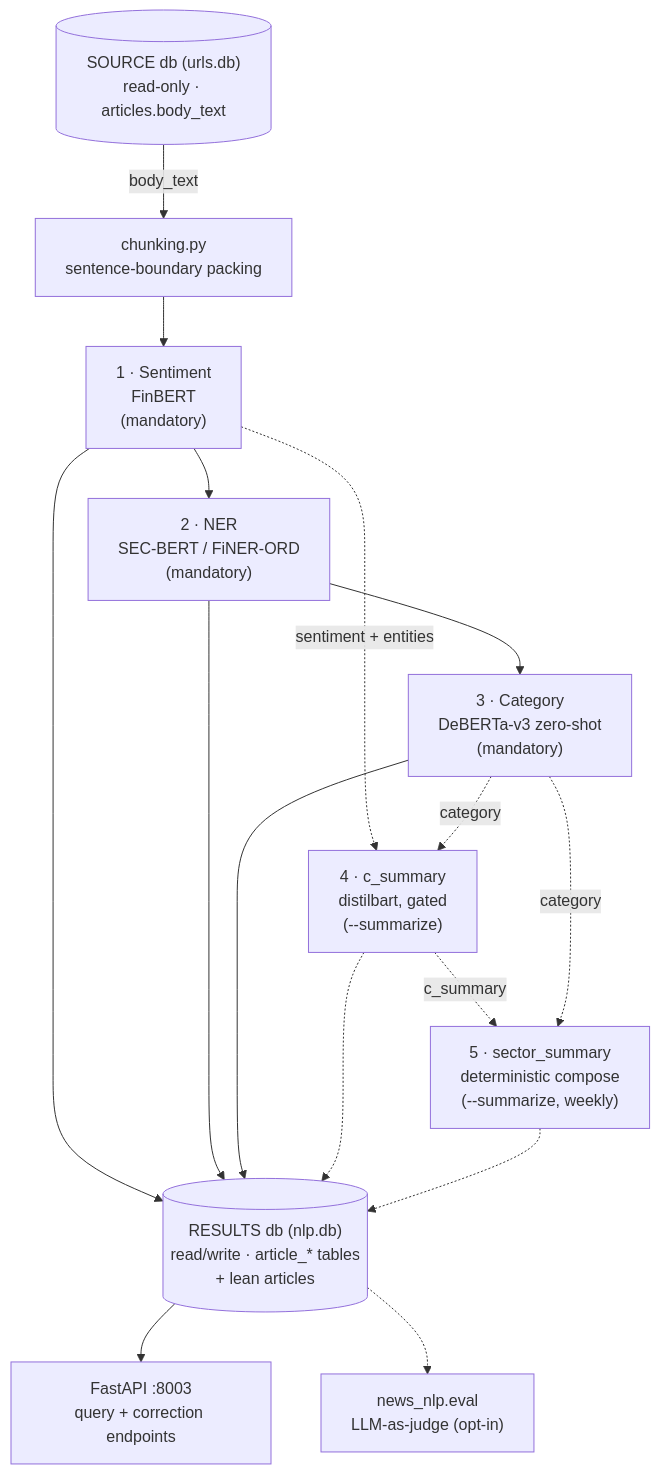
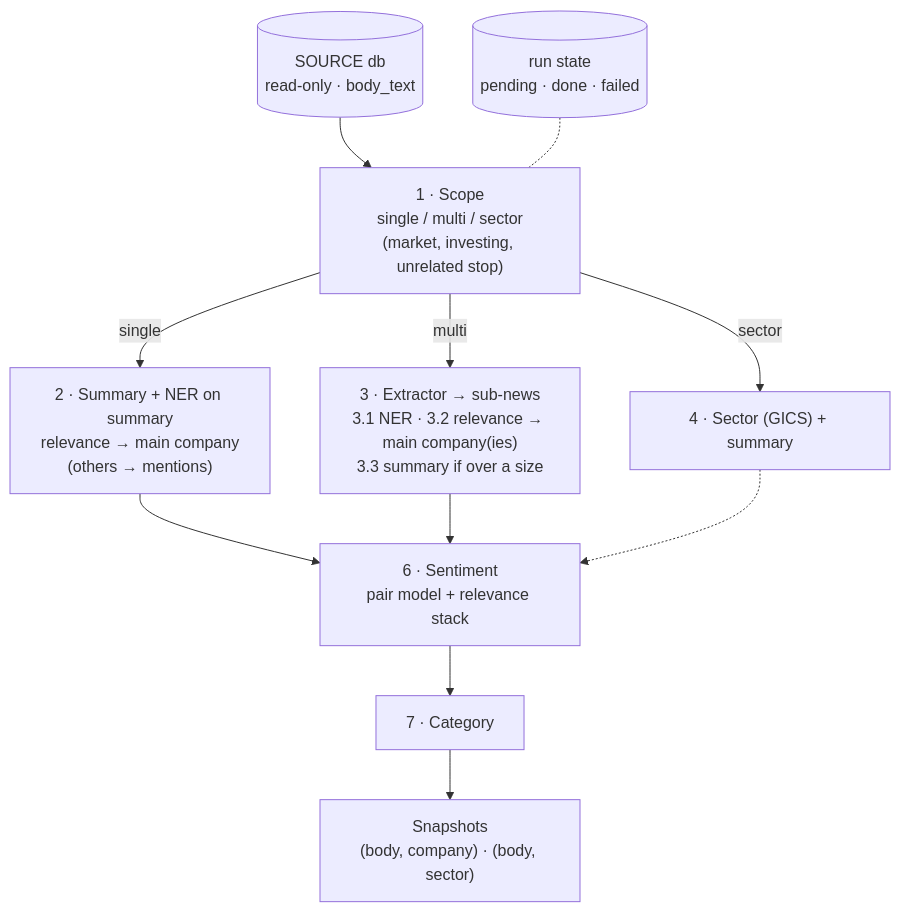
Before and after one commit to gamug/portfolio-nlp: the diagram in .specify/memory/SPEC.md, drawn with Mermaid. The commit also changed other lines of this file and 4 other files, not shown here.

````diff
--- a/.specify/memory/SPEC.md
+++ b/.specify/memory/SPEC.md
@@ -168,26 +172,13 @@
 ```mermaid
 flowchart TB
-    SRC[("SOURCE db (urls.db)<br/>read-only · articles.body_text")]
-    CHUNK["chunking.py<br/>sentence-boundary packing"]
-    S1["1 · Sentiment<br/>FinBERT<br/>(mandatory)"]
-    S2["2 · NER<br/>SEC-BERT / FiNER-ORD<br/>(mandatory)"]
-    S3["3 · Category<br/>DeBERTa-v3 zero-shot<br/>(mandatory)"]
-    S4["4 · c_summary<br/>distilbart, gated<br/>(--summarize)"]
-    S5["5 · sector_summary<br/>deterministic compose<br/>(--summarize, weekly)"]
-    RES[("RESULTS db (nlp.db)<br/>read/write · article_* tables<br/>+ lean articles")]
-    API["FastAPI :8003<br/>query + correction endpoints"]
-    EVAL["news_nlp.eval<br/>LLM-as-judge (opt-in)"]
-
-    SRC -->|body_text| CHUNK --> S1 --> S2 --> S3
-    S1 -.->|sentiment + entities| S4
-    S3 -.->|category| S4
-    S4 -.->|c_summary| S5
-    S3 -.->|category| S5
-    S1 --> RES
-    S2 --> RES
-    S3 --> RES
-    S4 -.-> RES
-    S5 -.-> RES
-    RES --> API
-    RES -.-> EVAL
+    SRC[("SOURCE db<br/>read-only · body_text")] --> S1["1 · Scope<br/>single / multi / sector<br/>(market, investing, unrelated stop)"]
+    S1 -->|single| A2["2 · Summary + NER on summary<br/>relevance → main company<br/>(others → mentions)"]
+    S1 -->|multi| B3["3 · Extractor → sub-news<br/>3.1 NER · 3.2 relevance → main company(ies)<br/>3.3 summary if over a size"]
+    S1 -->|sector| C4["4 · Sector (GICS) + summary"]
+    A2 --> S6["6 · Sentiment<br/>pair model + relevance stack"]
+    B3 --> S6
+    C4 -.-> S6
+    S6 --> S7["7 · Category"]
+    S7 --> SNAP["Snapshots<br/>(body, company) · (body, sector)"]
+    RUN[("run state<br/>pending · done · failed")] -.- S1
 ```
````
